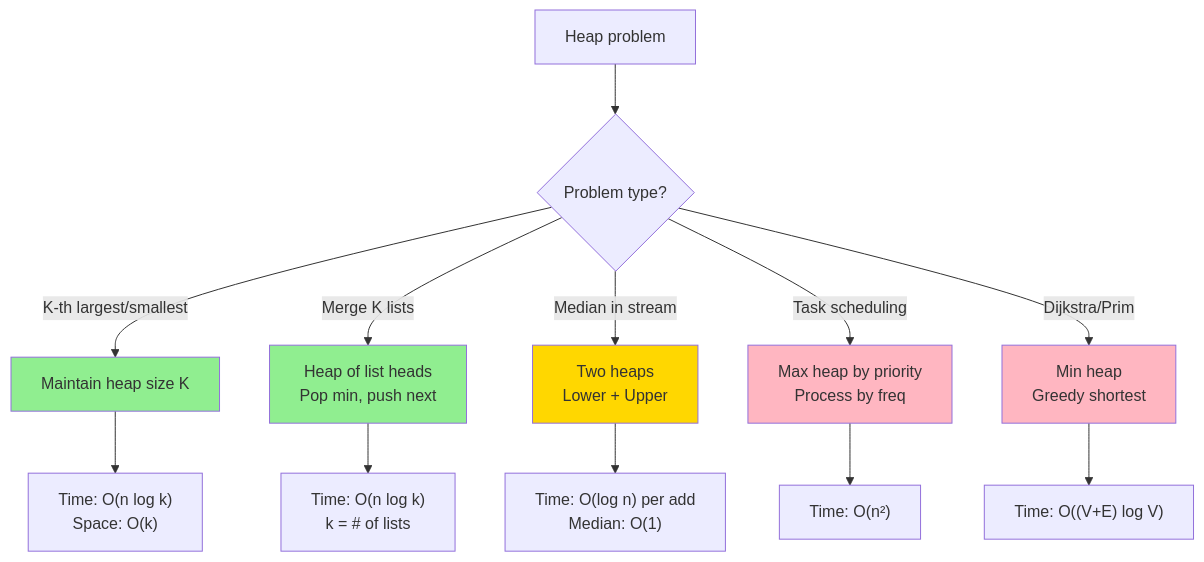
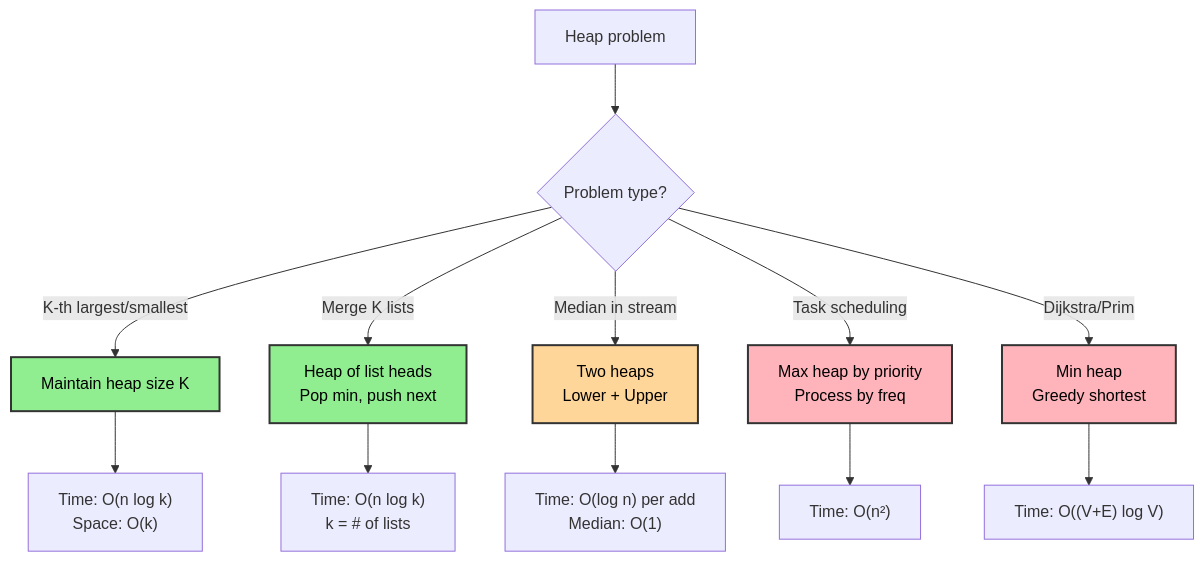
Before and after one commit to souradeepta/interviewprep: the third of 3 diagrams in docs/advanced/heap.md, drawn with Mermaid. The commit also changed other lines of this file and 31 other files, not shown here.

Commit message:
updated graphs

````diff
--- a/docs/advanced/heap.md
+++ b/docs/advanced/heap.md
@@ -69,22 +69,22 @@
 ```mermaid
 graph TD
     A["Heap problem"] --> B{"Problem type?"}
     
     B -->|K-th largest/smallest| C["Maintain heap size K"]
     B -->|Merge K lists| D["Heap of list heads<br/>Pop min, push next"]
     B -->|Median in stream| E["Two heaps<br/>Lower + Upper"]
     B -->|Task scheduling| F["Max heap by priority<br/>Process by freq"]
     B -->|Dijkstra/Prim| G["Min heap<br/>Greedy shortest"]
     
     C --> H["Time: O(n log k)<br/>Space: O(k)"]
     D --> I["Time: O(n log k)<br/>k = # of lists"]
     E --> J["Time: O(log n) per add<br/>Median: O(1)"]
     F --> K["Time: O(n²)"]
     G --> L["Time: O((V+E) log V)"]
     
-    style C fill:#90EE90
-    style D fill:#90EE90
-    style E fill:#FFD700
-    style F fill:#FFB6C1
-    style G fill:#FFB6C1
+    style C fill:#90ee90,color:#000,stroke:#333,stroke-width:2px
+    style D fill:#90ee90,color:#000,stroke:#333,stroke-width:2px
+    style E fill:#ffd699,color:#000,stroke:#333,stroke-width:2px
+    style F fill:#ffb3ba,color:#000,stroke:#333,stroke-width:2px
+    style G fill:#ffb3ba,color:#000,stroke:#333,stroke-width:2px
 ```
````
